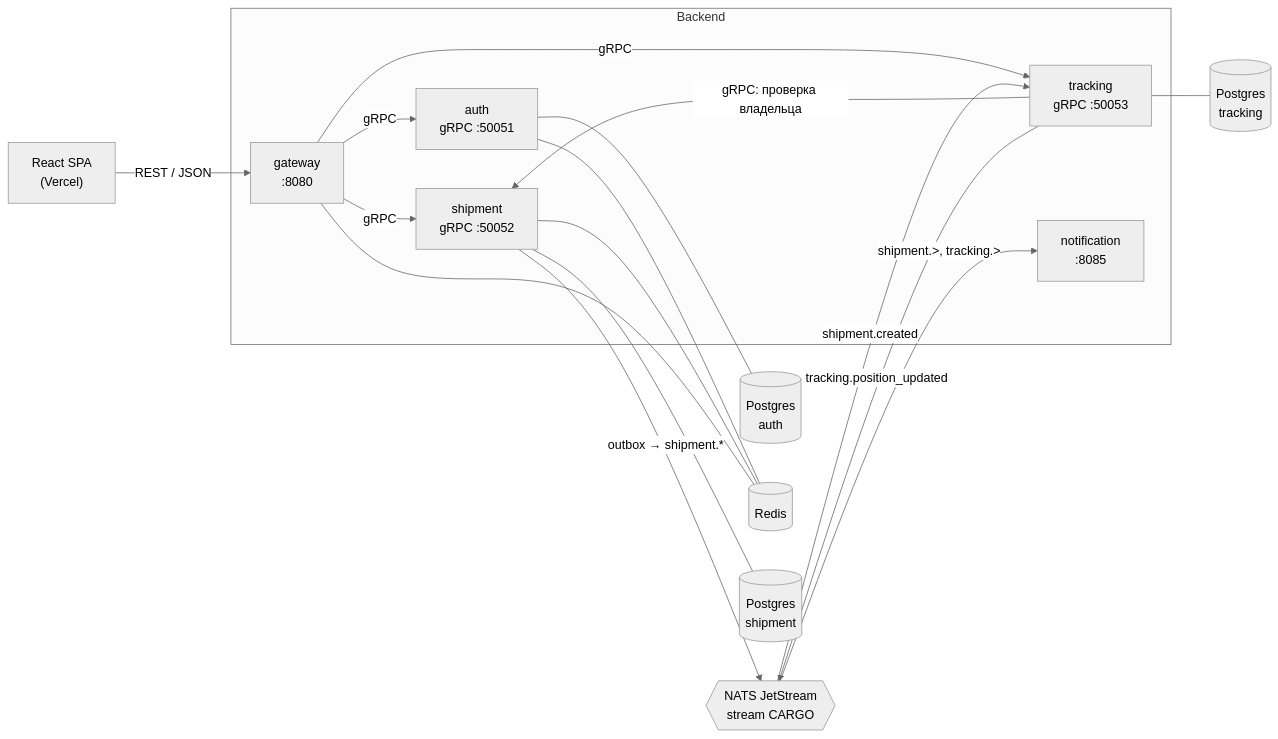
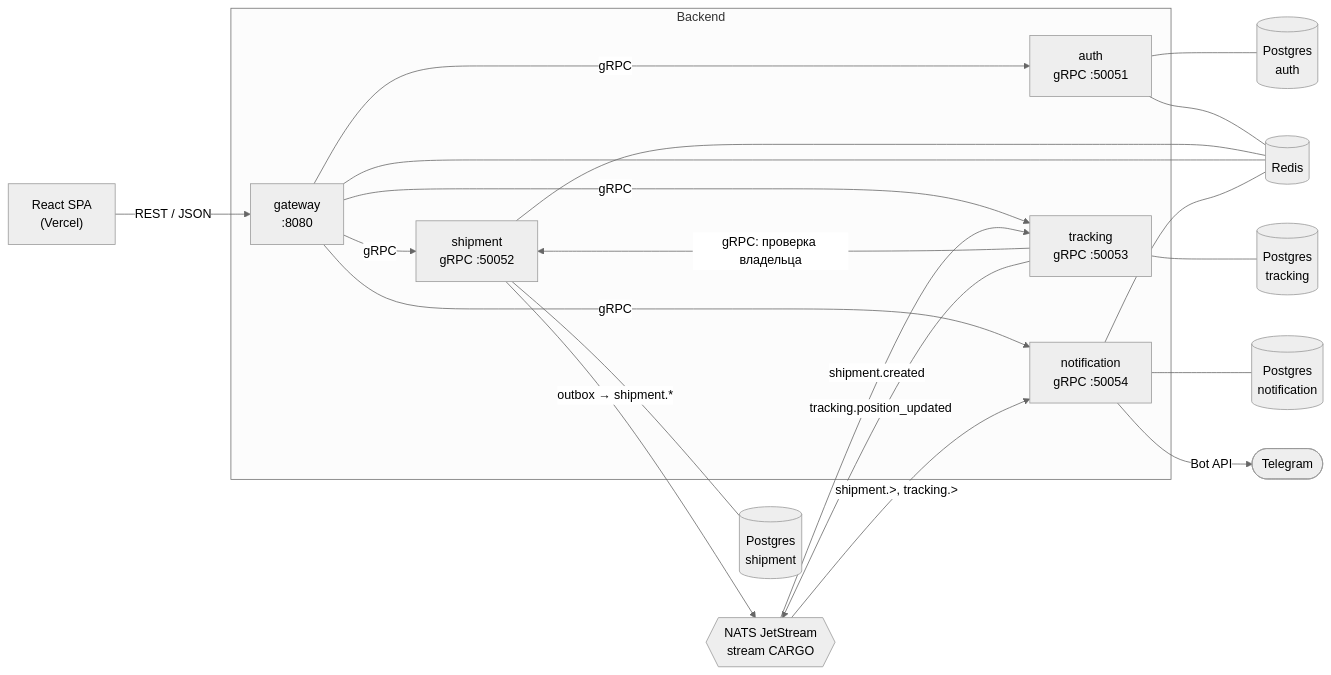
The diagram in README.md (Andas-LV/CargoFlow), drawn with Mermaid (neutral theme) before and after one commit. The commit also changed other lines of this file and 41 other files, not shown here.

````diff
--- a/README.md
+++ b/README.md
@@ -11,29 +11,33 @@
 ```mermaid
 flowchart LR
     FE["React SPA<br/>(Vercel)"] -- "REST / JSON" --> GW
 
     subgraph backend["Backend"]
         GW["gateway<br/>:8080"]
         AUTH["auth<br/>gRPC :50051"]
         SHIP["shipment<br/>gRPC :50052"]
         TRACK["tracking<br/>gRPC :50053"]
-        NOTIF["notification<br/>:8085"]
+        NOTIF["notification<br/>gRPC :50054"]
     end
 
     GW -- gRPC --> AUTH
     GW -- gRPC --> SHIP
     GW -- gRPC --> TRACK
+    GW -- gRPC --> NOTIF
     TRACK -- "gRPC: проверка владельца" --> SHIP
 
     AUTH --- PGA[("Postgres<br/>auth")]
     AUTH --- RDS[("Redis")]
     SHIP --- PGS[("Postgres<br/>shipment")]
     SHIP --- RDS
     GW --- RDS
     TRACK --- PGT[("Postgres<br/>tracking")]
+    NOTIF --- PGN[("Postgres<br/>notification")]
+    NOTIF --- RDS
 
     SHIP -- "outbox → shipment.*" --> NATS{{"NATS JetStream<br/>stream CARGO"}}
     TRACK -- "tracking.position_updated" --> NATS
     NATS -- "shipment.created" --> TRACK
     NATS -- "shipment.>, tracking.>" --> NOTIF
+    NOTIF -- "Bot API" --> TG(["Telegram"])
 ```
````
